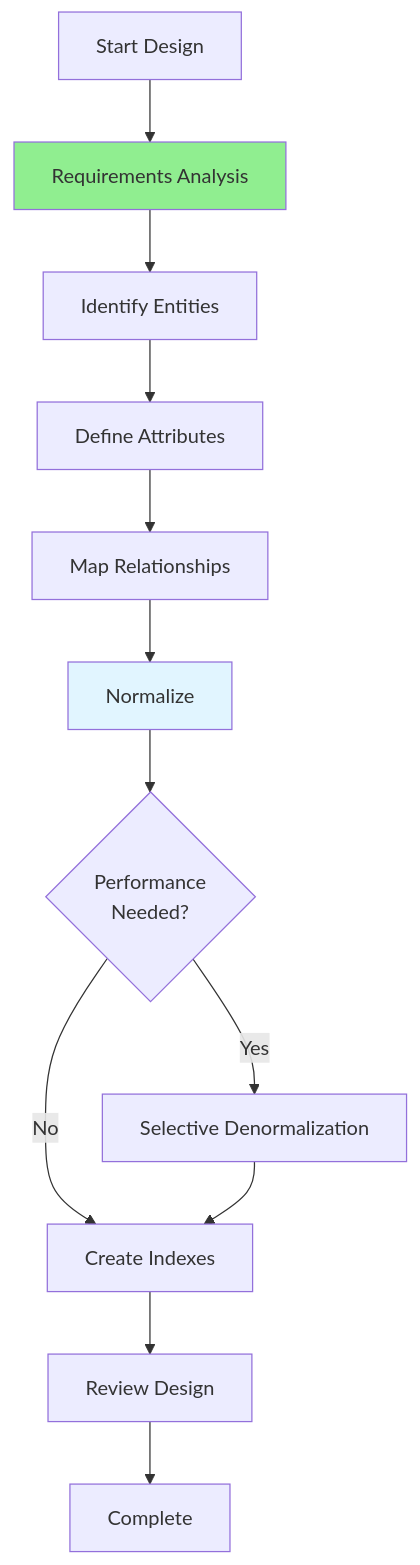
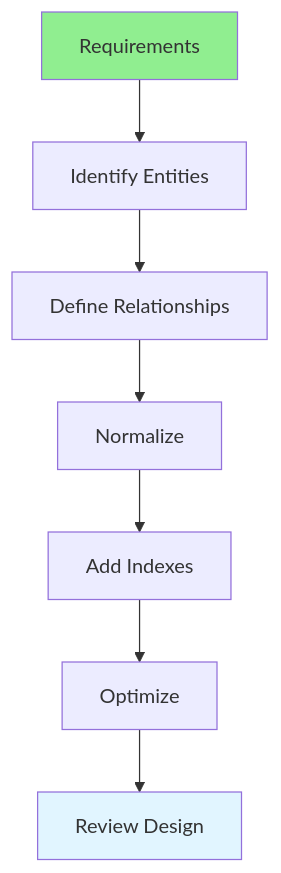
Before and after one commit to iouthnamain/tech-note: the diagram in Full-Stack-Guides/Group-06-Database-Analysis/06.01_Database_Design.md, drawn with Mermaid. The commit also changed other lines of this file and 480 other files, not shown here.

````diff
--- a/Full-Stack-Guides/Group-06-Database-Analysis/06.01_Database_Design.md
+++ b/Full-Stack-Guides/Group-06-Database-Analysis/06.01_Database_Design.md
@@ -24,17 +22,12 @@
 ```mermaid
 flowchart TD
-    Start[Start Design] --> Requirements[Requirements Analysis]
-    Requirements --> Entities[Identify Entities]
-    Entities --> Attributes[Define Attributes]
-    Attributes --> Relationships[Map Relationships]
+    Requirements[Requirements] --> Entities[Identify Entities]
+    Entities --> Relationships[Define Relationships]
     Relationships --> Normalize[Normalize]
-    Normalize --> Denormalize{Performance<br/>Needed?}
-    Denormalize -->|Yes| DenormalizeStep[Selective Denormalization]
-    Denormalize -->|No| Index[Create Indexes]
-    DenormalizeStep --> Index
-    Index --> Review[Review Design]
-    Review --> Complete[Complete]
+    Normalize --> Index[Add Indexes]
+    Index --> Optimize[Optimize]
+    Optimize --> Review[Review Design]
     
     style Requirements fill:#90EE90
-    style Normalize fill:#e1f5ff
+    style Review fill:#e1f5ff
 ```
````
